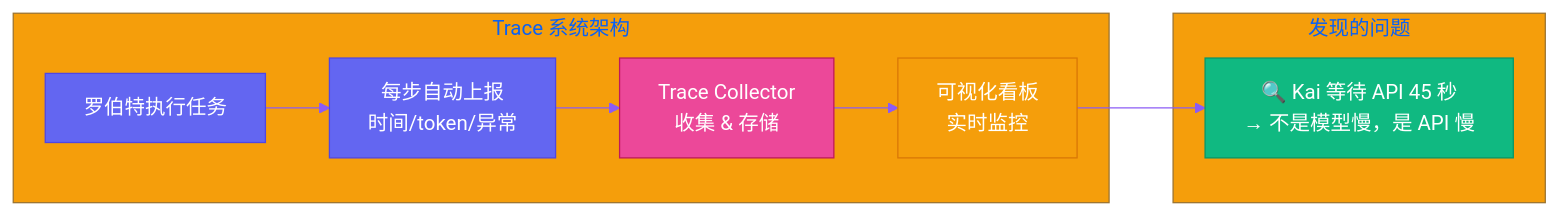
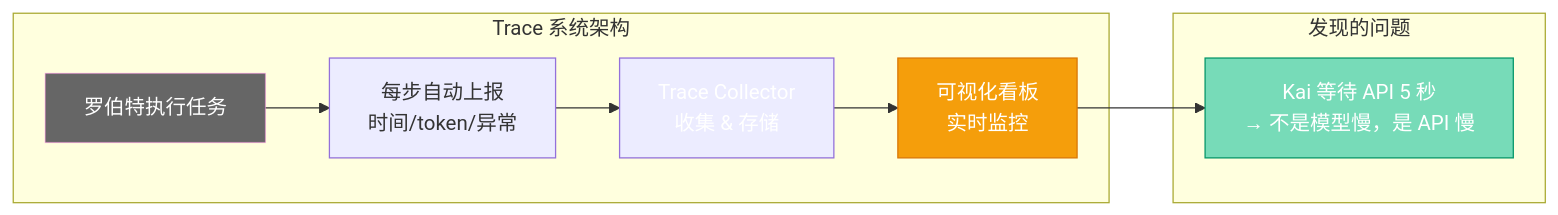
One commit to VokoForge/ai-prism changed the diagram in posts/yason-and-roberts/zh/ch16.md. Above: the diagram before and after it, drawn with Mermaid. The commit also changed 31 other files, not shown here.

First line of the commit message:
✨ Rewrite all articles: hook titles, Mermaid diagrams, engaging style

````diff
--- a/posts/yason-and-roberts/zh/ch16.md
+++ b/posts/yason-and-roberts/zh/ch16.md
@@ -54,18 +54,17 @@
 ```mermaid
-%%{init: {'theme': 'base', 'themeVariables': {'primaryColor': '#6366f1','primaryTextColor': '#fff','primaryBorderColor': '#4f46e5','lineColor': '#8b5cf6','secondaryColor': '#ec4899','tertiaryColor': '#f59e0b'}}}%%
 flowchart LR
     subgraph "Trace 系统架构"
         A["罗伯特执行任务"] --> B["每步自动上报<br>时间/token/异常"]
         B --> C["Trace Collector<br>收集 & 存储"]
         C --> D["可视化看板<br>实时监控"]
     end
 
     subgraph "发现的问题"
-        D --> E["🔍 Kai 等待 API 45 秒<br>→ 不是模型慢，是 API 慢"]
+        D --> E[" Kai 等待 API 5 秒<br>→ 不是模型慢，是 API 慢"]
     end
 
-    style A fill:#6366f1,stroke:#4f46e5,color:#fff
-    style C fill:#ec4899,stroke:#be185d,color:#fff
+    style A fill:#666f,stroke:#f6e5,color:#fff
+    style C fill:#ec899,stroke:#be85d,color:#fff
     style D fill:#f59e0b,stroke:#d97706,color:#fff
-    style E fill:#10b981,stroke:#059669,color:#fff
+    style E fill:#0b98,stroke:#059669,color:#fff
 ```
````
